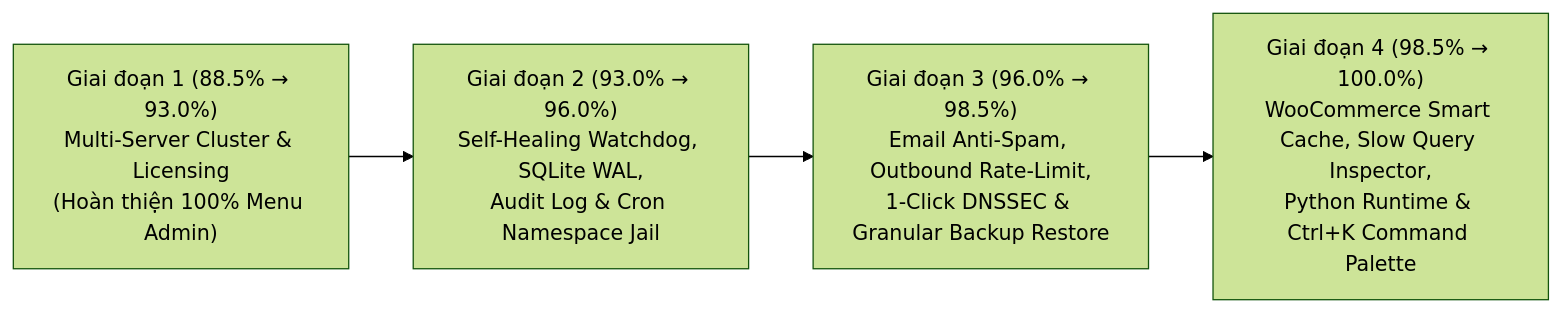
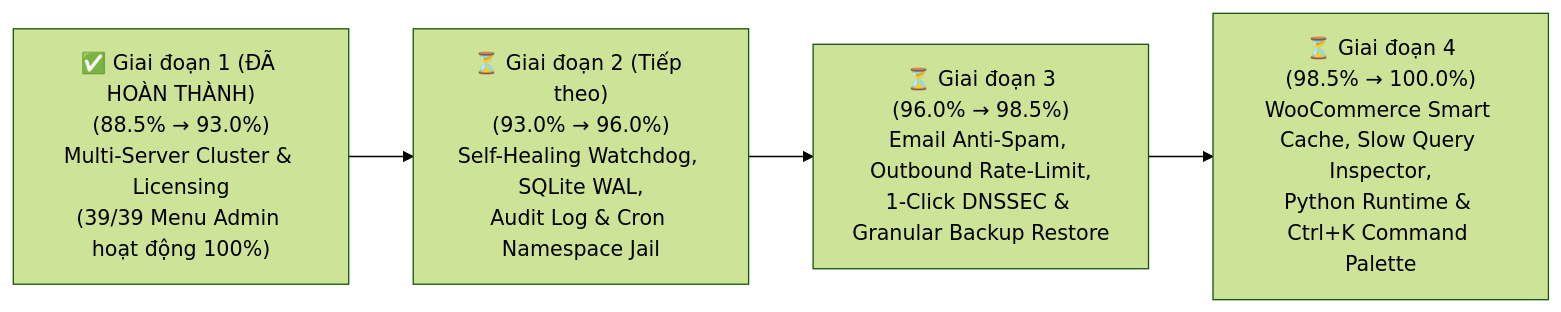
Before and after one commit to shostwp-byte/spanel: the diagram in plan-report/KE_HOACH_HOAN_THIEN_ENTERPRISE_100.md, drawn with Mermaid (forest theme). The commit also changed other lines of this file, not shown here.

````diff
--- a/plan-report/KE_HOACH_HOAN_THIEN_ENTERPRISE_100.md
+++ b/plan-report/KE_HOACH_HOAN_THIEN_ENTERPRISE_100.md
@@ -204,6 +196,6 @@
 ```mermaid
 flowchart LR
-    P1["Giai đoạn 1 (88.5% → 93.0%)<br/>Multi-Server Cluster & Licensing<br/>(Hoàn thiện 100% Menu Admin)"] --> P2["Giai đoạn 2 (93.0% → 96.0%)<br/>Self-Healing Watchdog, SQLite WAL,<br/>Audit Log & Cron Namespace Jail"]
-    P2 --> P3["Giai đoạn 3 (96.0% → 98.5%)<br/>Email Anti-Spam, Outbound Rate-Limit,<br/>1-Click DNSSEC & Granular Backup Restore"]
-    P3 --> P4["Giai đoạn 4 (98.5% → 100.0%)<br/>WooCommerce Smart Cache, Slow Query Inspector,<br/>Python Runtime & Ctrl+K Command Palette"]
+    P1["✅ Giai đoạn 1 (ĐÃ HOÀN THÀNH)<br/>(88.5% → 93.0%)<br/>Multi-Server Cluster & Licensing<br/>(39/39 Menu Admin hoạt động 100%)"] --> P2["⏳ Giai đoạn 2 (Tiếp theo)<br/>(93.0% → 96.0%)<br/>Self-Healing Watchdog, SQLite WAL,<br/>Audit Log & Cron Namespace Jail"]
+    P2 --> P3["⏳ Giai đoạn 3<br/>(96.0% → 98.5%)<br/>Email Anti-Spam, Outbound Rate-Limit,<br/>1-Click DNSSEC & Granular Backup Restore"]
+    P3 --> P4["⏳ Giai đoạn 4<br/>(98.5% → 100.0%)<br/>WooCommerce Smart Cache, Slow Query Inspector,<br/>Python Runtime & Ctrl+K Command Palette"]
 ```
````
